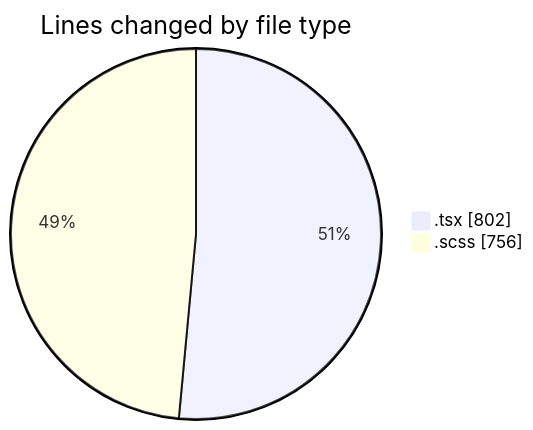
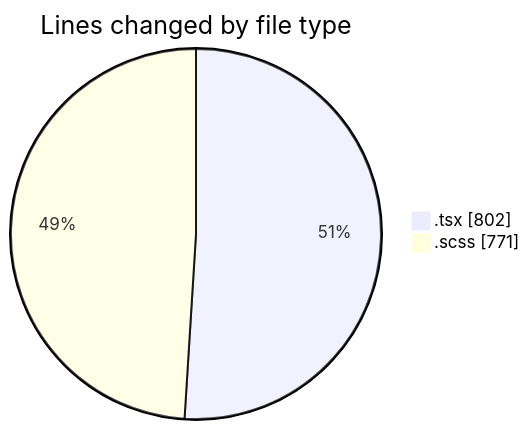
Before and after one commit to momahboobian/code-tracking: the first of 2 diagrams in 2025-03-27/cda/README.md, drawn with Mermaid. The commit also changed other lines of this file and 1 other file, not shown here.

````diff
--- a/2025-03-27/cda/README.md
+++ b/2025-03-27/cda/README.md
@@ -22,6 +22,6 @@
 ```mermaid
 pie showData
 title Lines changed by file type
 ".tsx" : 802
-".scss" : 756
+".scss" : 771
 ```
````
